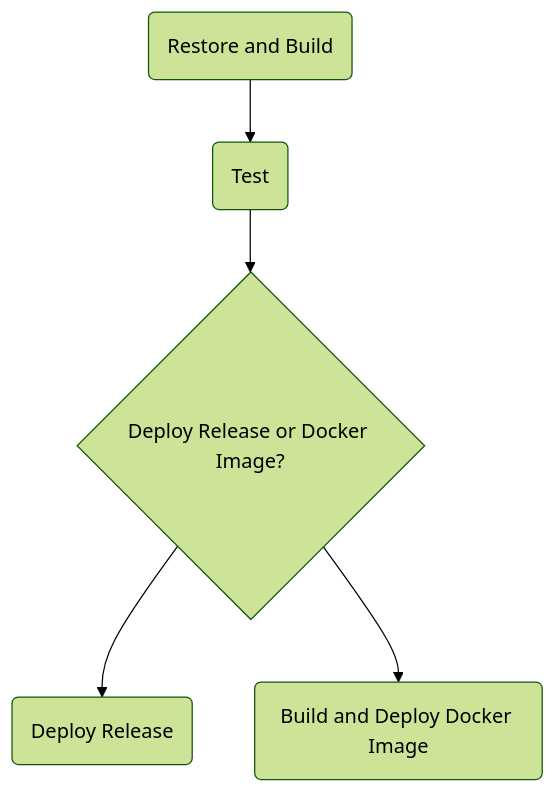
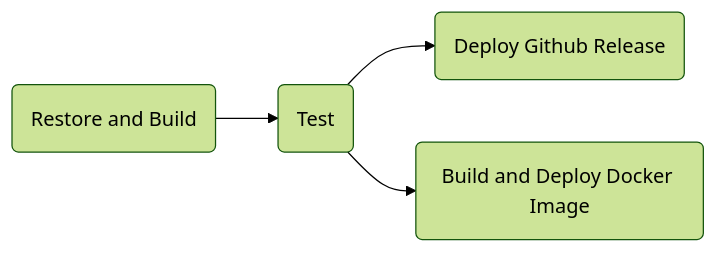
One commit to hmrguez/Project-Plutus changed the diagram in README.md. Above: the diagram before and after it, drawn with Mermaid (forest theme). The commit also changed other lines of this file, not shown here.

````diff
--- a/README.md
+++ b/README.md
@@ -43,7 +43,6 @@
 ```mermaid
-graph TD;
-  A(Restore and Build) --> B(Test);
-  B --> C{Deploy Release or Docker Image?};
-  C --> D(Deploy Release);
+graph LR;
+  A(Restore and Build) --> C(Test);
+  C --> D(Deploy Github Release);
   C --> E(Build and Deploy Docker Image);
 ```
````
